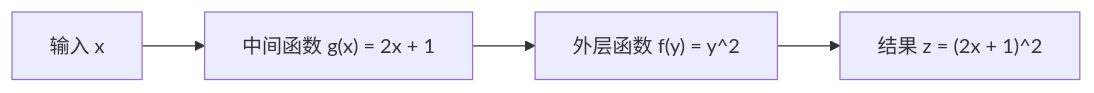
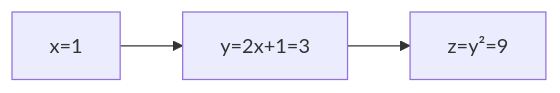
Before and after one commit to devchan64/AiBook: the diagram in docs/assets/part-02/chapter-04/chain-rule-composition-flow-zh.mmd, drawn with Mermaid. The commit also changed 10 other files, not shown here.

```diff
--- a/docs/assets/part-02/chapter-04/chain-rule-composition-flow-zh.mmd
+++ b/docs/assets/part-02/chapter-04/chain-rule-composition-flow-zh.mmd
@@ -1,7 +1,5 @@
 flowchart LR
-    x["输入 x"]
-    g["中间函数 g(x) = 2x + 1"]
-    f["外层函数 f(y) = y^2"]
-    z["结果 z = (2x + 1)^2"]
-
-    x --> g --> f --> z
+  X["x=1"]
+  Y["y=2x+1=3"]
+  Z["z=y²=9"]
+  X --> Y --> Z
```
